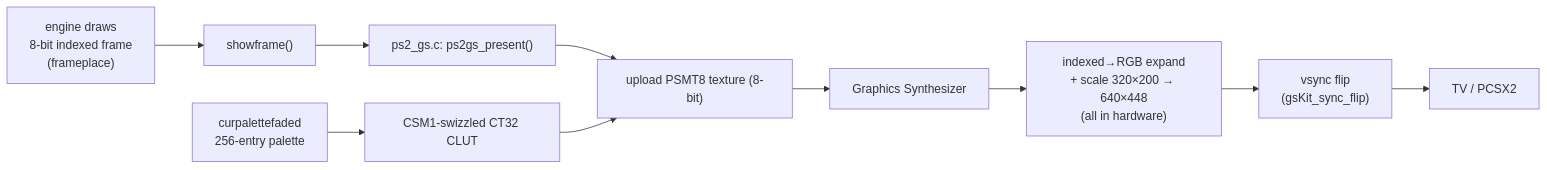
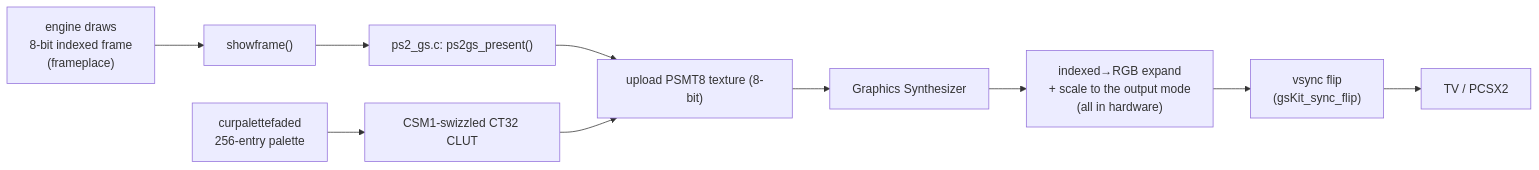
Before and after one commit to Arawn-Davies/ps2uke: the fourth of 9 diagrams in docs/ARCHITECTURE.md, drawn with Mermaid. The commit also changed other lines of this file and 3 other files, not shown here.

````diff
--- a/docs/ARCHITECTURE.md
+++ b/docs/ARCHITECTURE.md
@@ -180,12 +193,12 @@
 ```mermaid
 flowchart LR
     A["engine draws<br/>8-bit indexed frame<br/>(frameplace)"] --> B["showframe()"]
     B --> PS["ps2_gs.c: ps2gs_present()"]
     P["curpalettefaded<br/>256-entry palette"] --> C["CSM1-swizzled CT32 CLUT"]
     PS --> T["upload PSMT8 texture (8-bit)"]
     C --> T
     T --> GS["Graphics Synthesizer"]
-    GS --> E["indexed→RGB expand<br/>+ scale 320×200 → 640×448<br/>(all in hardware)"]
+    GS --> E["indexed→RGB expand<br/>+ scale to the output mode<br/>(all in hardware)"]
     E --> F["vsync flip<br/>(gsKit_sync_flip)"]
     F --> G["TV / PCSX2"]
 ```
````
